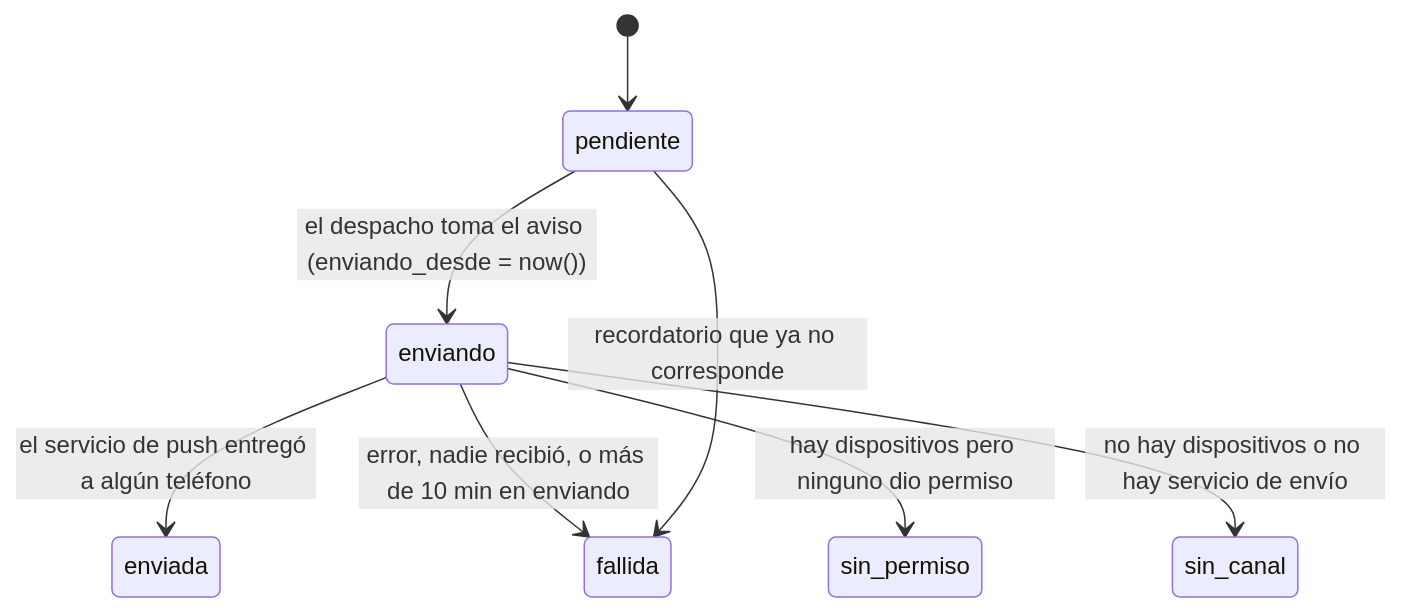
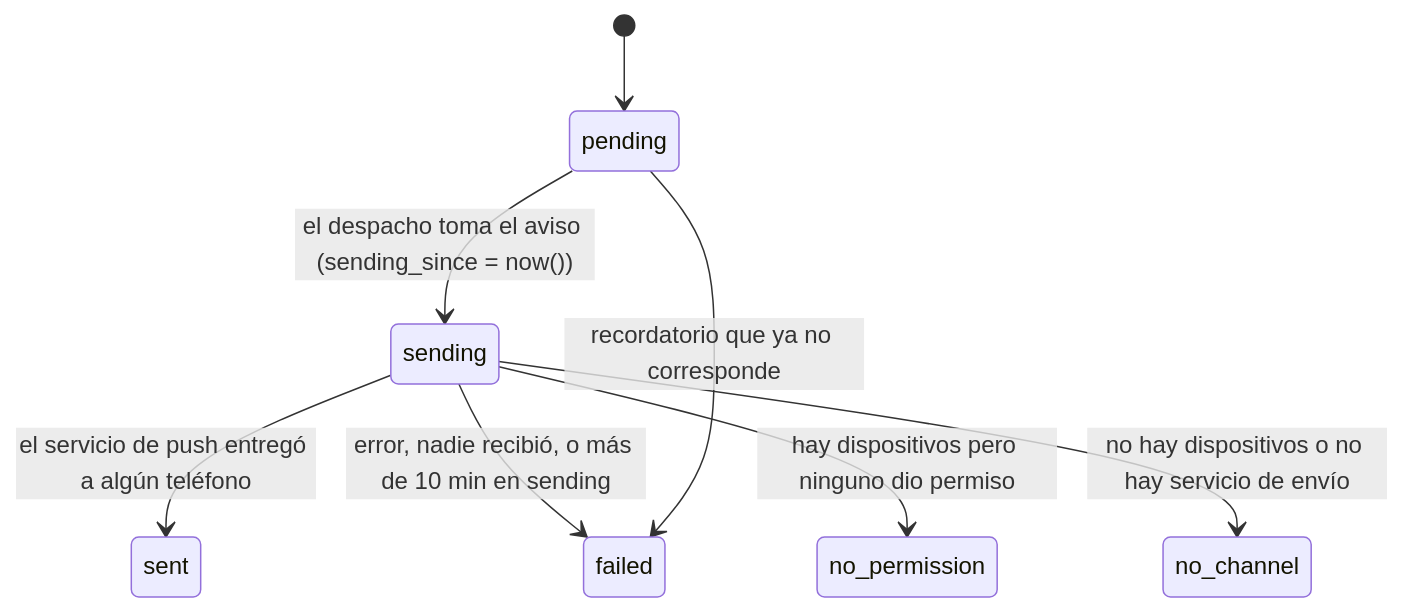
Before and after one commit to NahuelMosse/ClubNahuelMosse: the third of 3 diagrams in docs/technical/modelo-de-datos.md, drawn with Mermaid. The commit also changed other lines of this file and 6 other files, not shown here.

````diff
--- a/docs/technical/modelo-de-datos.md
+++ b/docs/technical/modelo-de-datos.md
@@ -243,10 +244,10 @@
 ```mermaid
 stateDiagram-v2
-    [*] --> pendiente
-    pendiente --> enviando: el despacho toma el aviso (enviando_desde = now())
-    enviando --> enviada: el servicio de push entregó a algún teléfono
-    enviando --> fallida: error, nadie recibió, o más de 10 min en enviando
-    enviando --> sin_permiso: hay dispositivos pero ninguno dio permiso
-    enviando --> sin_canal: no hay dispositivos o no hay servicio de envío
-    pendiente --> fallida: recordatorio que ya no corresponde
+    [*] --> pending
+    pending --> sending: el despacho toma el aviso (sending_since = now())
+    sending --> sent: el servicio de push entregó a algún teléfono
+    sending --> failed: error, nadie recibió, o más de 10 min en sending
+    sending --> no_permission: hay dispositivos pero ninguno dio permiso
+    sending --> no_channel: no hay dispositivos o no hay servicio de envío
+    pending --> failed: recordatorio que ya no corresponde
 ```
````
